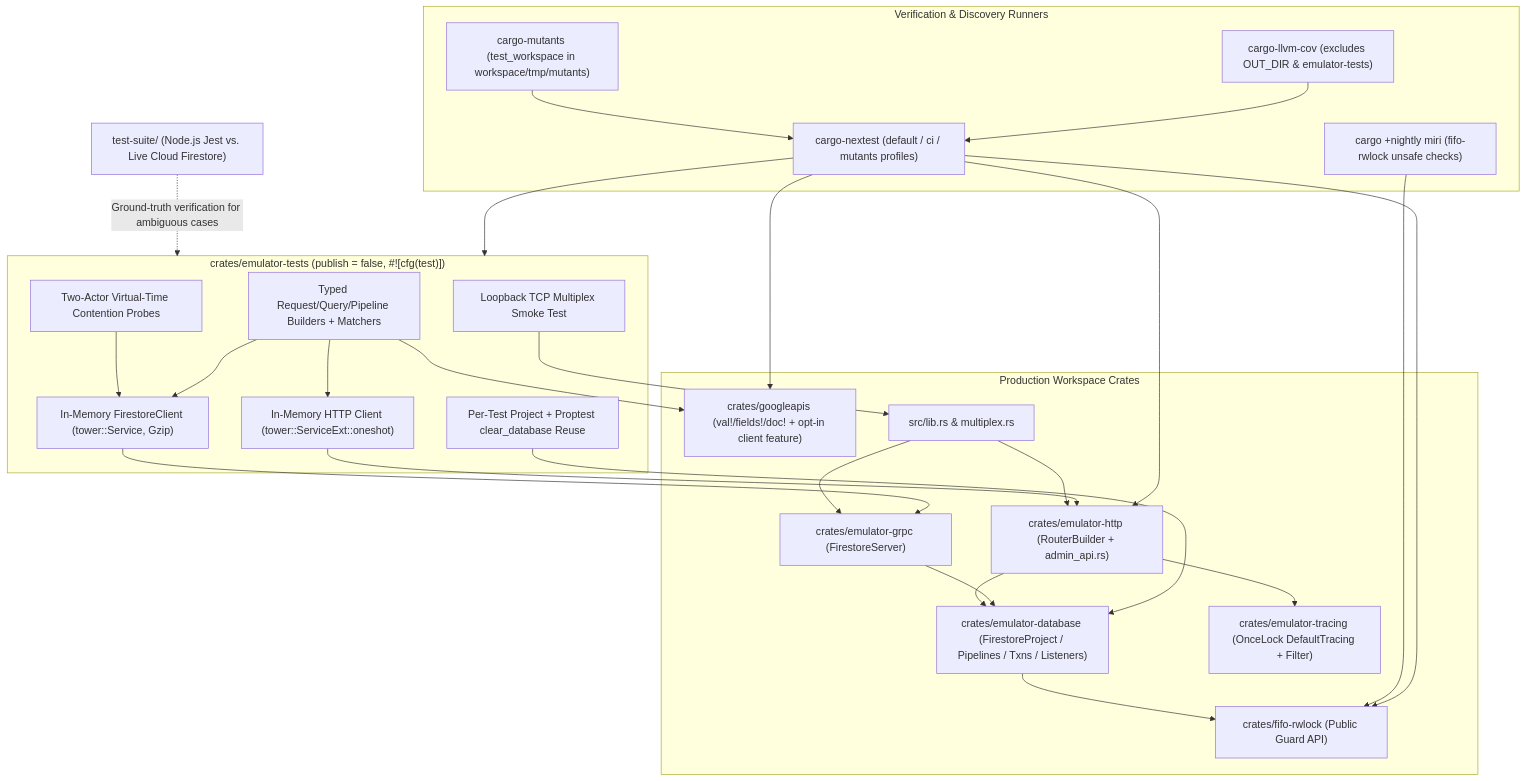
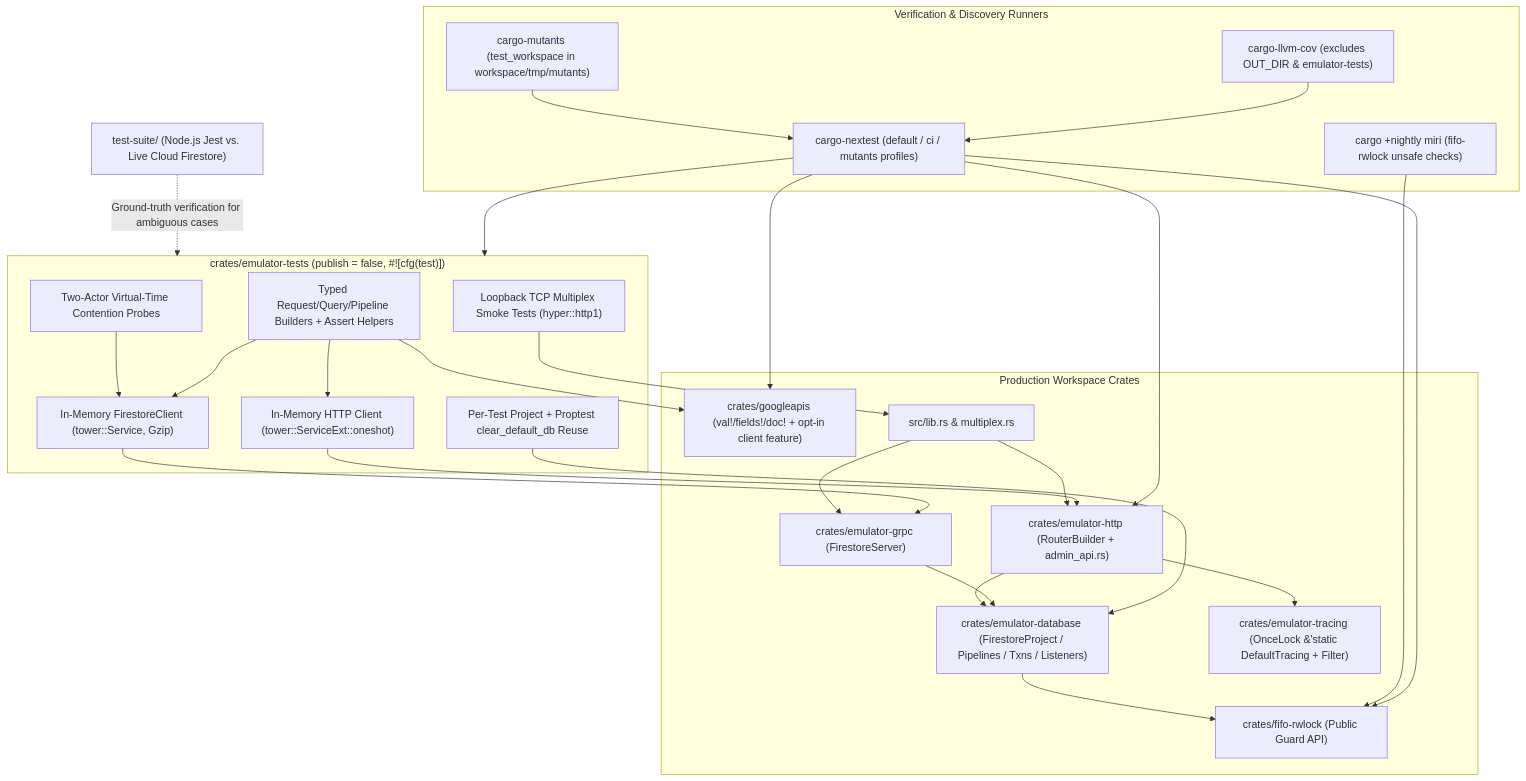
Before and after one commit to skunkteam/rust-firestore-emulator: the diagram in docs/designs/black-box-rust-testing-foundation.md, drawn with Mermaid. The commit also changed other lines of this file and 25 other files, not shown here.

````diff
--- a/docs/designs/black-box-rust-testing-foundation.md
+++ b/docs/designs/black-box-rust-testing-foundation.md
@@ -71,55 +71,55 @@
 ```mermaid
 flowchart TD
     subgraph Tooling["Verification & Discovery Runners"]
         Nextest["cargo-nextest (default / ci / mutants profiles)"]
         LlvmCov["cargo-llvm-cov (excludes OUT_DIR & emulator-tests)"]
         Mutants["cargo-mutants (test_workspace in workspace/tmp/mutants)"]
         Miri["cargo +nightly miri (fifo-rwlock unsafe checks)"]
     end
 
     subgraph TestCrate["crates/emulator-tests (publish = false, #![cfg(test)])"]
-        Builders["Typed Request/Query/Pipeline Builders + Matchers"]
-        Isolation["Per-Test Project + Proptest clear_database Reuse"]
+        Builders["Typed Request/Query/Pipeline Builders + Assert Helpers"]
+        Isolation["Per-Test Project + Proptest clear_default_db Reuse"]
         Probes["Two-Actor Virtual-Time Contention Probes"]
         GrpcClient["In-Memory FirestoreClient (tower::Service, Gzip)"]
         HttpOneshot["In-Memory HTTP Client (tower::ServiceExt::oneshot)"]
-        LoopbackSmoke["Loopback TCP Multiplex Smoke Test"]
+        LoopbackSmoke["Loopback TCP Multiplex Smoke Tests (hyper::http1)"]
     end
 
     subgraph Runtime["Production Workspace Crates"]
         Googleapis["crates/googleapis (val!/fields!/doc! + opt-in client feature)"]
         Grpc["crates/emulator-grpc (FirestoreServer)"]
         Http["crates/emulator-http (RouterBuilder + admin_api.rs)"]
         Multiplex["src/lib.rs & multiplex.rs"]
         Db["crates/emulator-database (FirestoreProject / Pipelines / Txns / Listeners)"]
         Lock["crates/fifo-rwlock (Public Guard API)"]
-        Trace["crates/emulator-tracing (OnceLock DefaultTracing + Filter)"]
+        Trace["crates/emulator-tracing (OnceLock &'static DefaultTracing + Filter)"]
     end
 
     Oracle["test-suite/ (Node.js Jest vs. Live Cloud Firestore)"]
 
     Nextest --> TestCrate
     Nextest --> Http
     Nextest --> Lock
     Nextest --> Googleapis
     LlvmCov --> Nextest
     Mutants --> Nextest
     Miri --> Lock
 
     Builders --> Googleapis
     Builders --> GrpcClient
     Builders --> HttpOneshot
     Probes --> GrpcClient
     Isolation --> Db
     GrpcClient --> Grpc
     HttpOneshot --> Http
     LoopbackSmoke --> Multiplex
     Multiplex --> Grpc
     Multiplex --> Http
     Grpc --> Db
     Http --> Db
     Http --> Trace
     Db --> Lock
 
     Oracle -. "Ground-truth verification for ambiguous cases" .-> TestCrate
 ```
````
